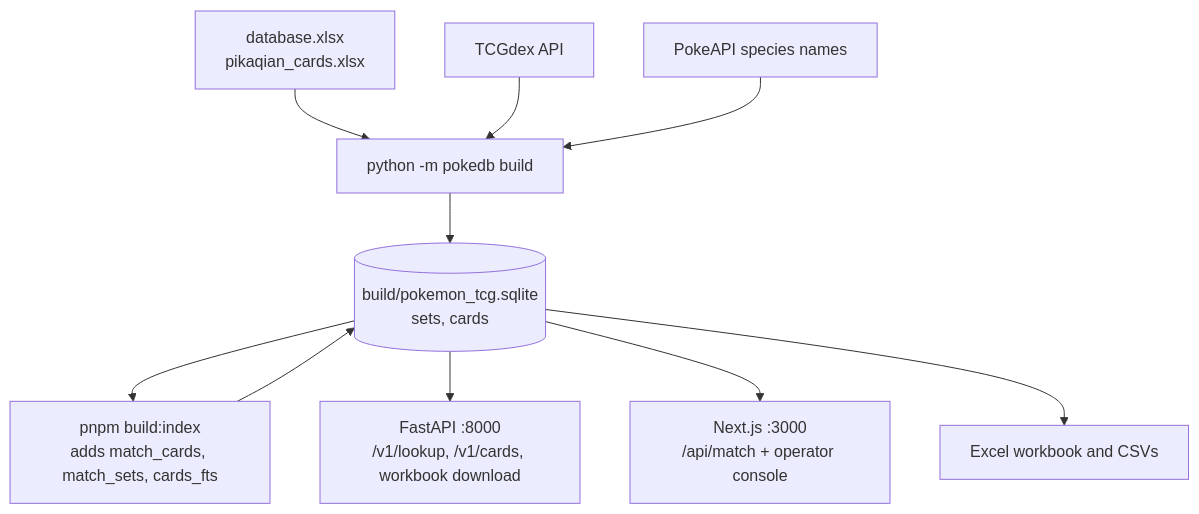
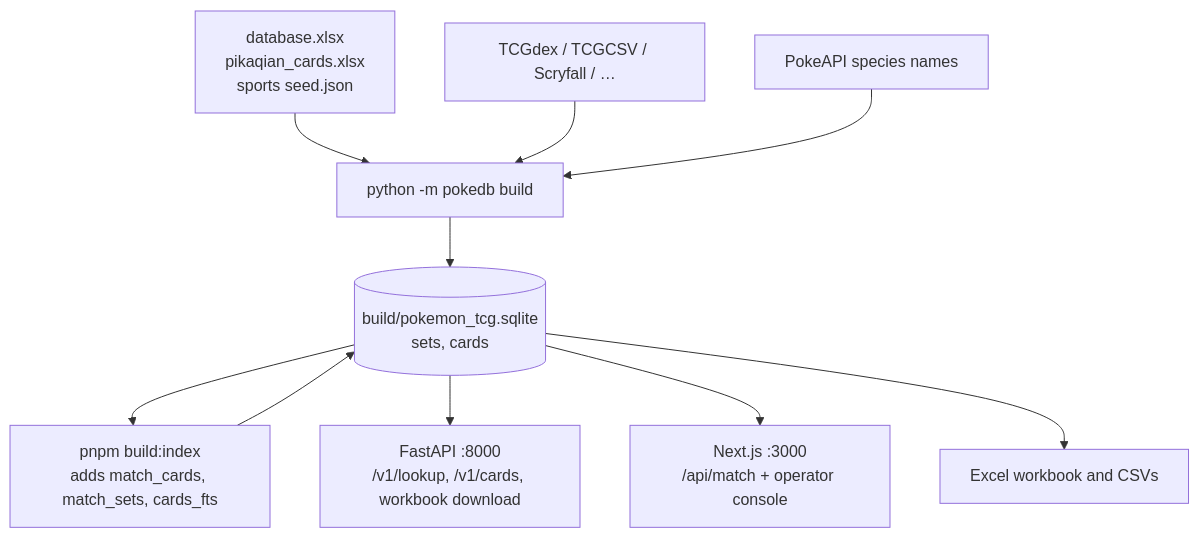
One commit to faebeanie94/pokemon-tcg-database changed the second of 2 diagrams in README.md. Above: the diagram before and after it, drawn with Mermaid. The commit also changed other lines of this file and 7 other files, not shown here.

````diff
--- a/README.md
+++ b/README.md
@@ -280,12 +307,12 @@
 ```mermaid
 flowchart TD
-    xlsx["database.xlsx<br/>pikaqian_cards.xlsx"] --> build["python -m pokedb build"]
-    tcgdex["TCGdex API"] --> build
+    xlsx["database.xlsx<br/>pikaqian_cards.xlsx<br/>sports seed.json"] --> build["python -m pokedb build"]
+    tcgdex["TCGdex / TCGCSV / Scryfall / …"] --> build
     pokeapi["PokeAPI species names"] --> build
     build --> db[("build/pokemon_tcg.sqlite<br/>sets, cards")]
     db --> index["pnpm build:index<br/>adds match_cards, match_sets, cards_fts"]
     index --> db
     db --> fastapi["FastAPI :8000<br/>/v1/lookup, /v1/cards, workbook download"]
     db --> next["Next.js :3000<br/>/api/match + operator console"]
     db --> exports["Excel workbook and CSVs"]
 ```
````
